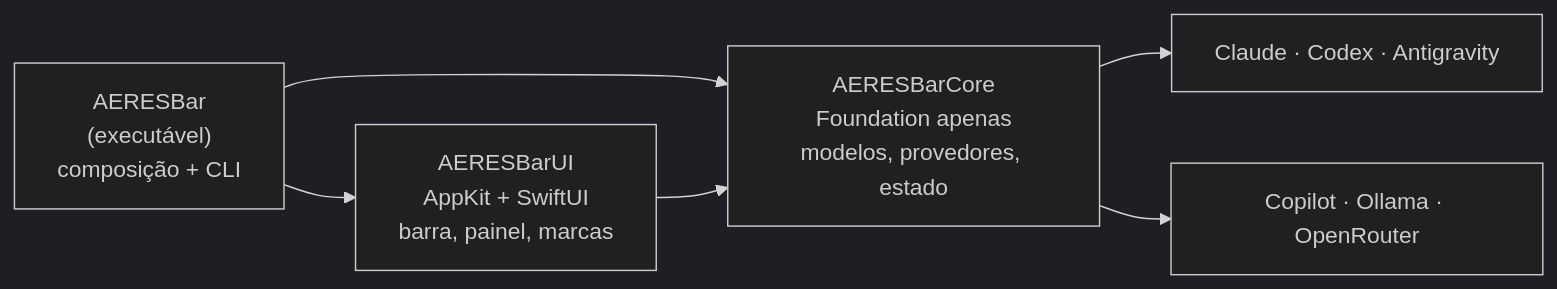
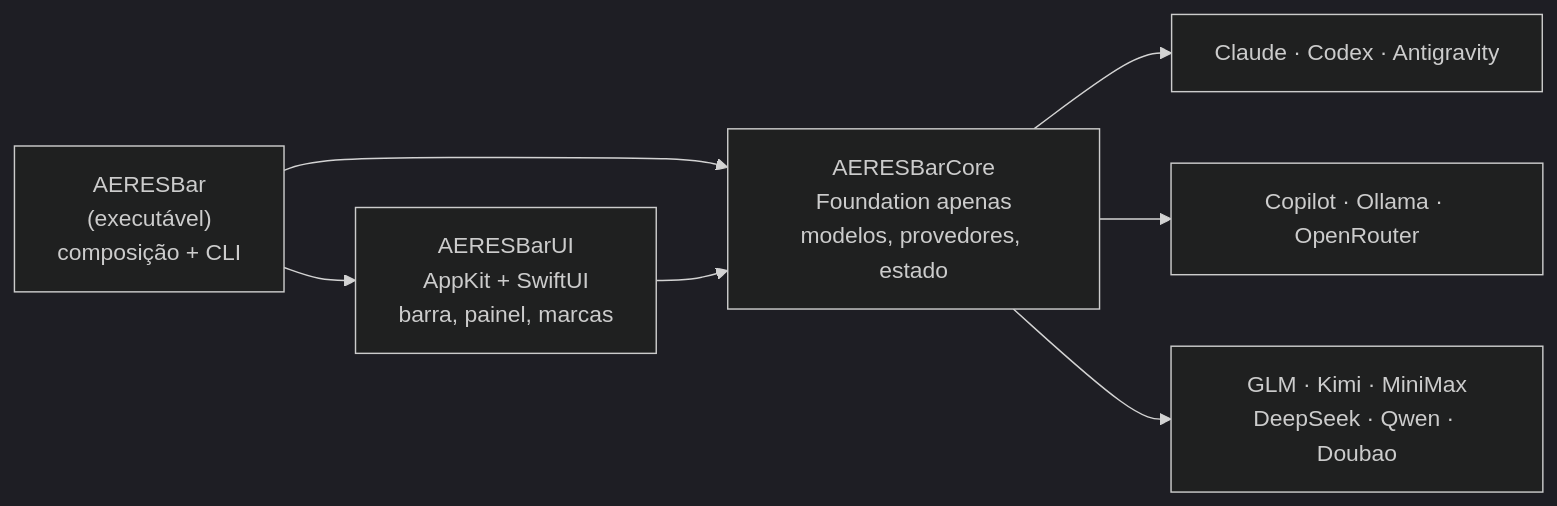
One commit to aeresdigital/aeres-bar changed the diagram in README.md. Above: the diagram before and after it, drawn with Mermaid (dark theme). The commit also changed other lines of this file and 4 other files, not shown here.

````diff
--- a/README.md
+++ b/README.md
@@ -228,7 +263,7 @@
 ```mermaid
 flowchart LR
     App["AERESBar<br/>(executável)<br/>composição + CLI"] --> UI["AERESBarUI<br/>AppKit + SwiftUI<br/>barra, painel, marcas"]
     App --> Core
     UI --> Core["AERESBarCore<br/>Foundation apenas<br/>modelos, provedores, estado"]
-    Core --> P1["Claude · Codex · Antigravity"] & P2["Copilot · Ollama · OpenRouter"]
+    Core --> P1["Claude · Codex · Antigravity"] & P2["Copilot · Ollama · OpenRouter"] & P3["GLM · Kimi · MiniMax<br/>DeepSeek · Qwen · Doubao"]
 ```
````
